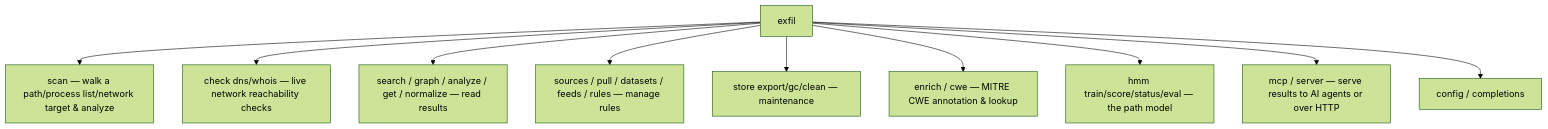
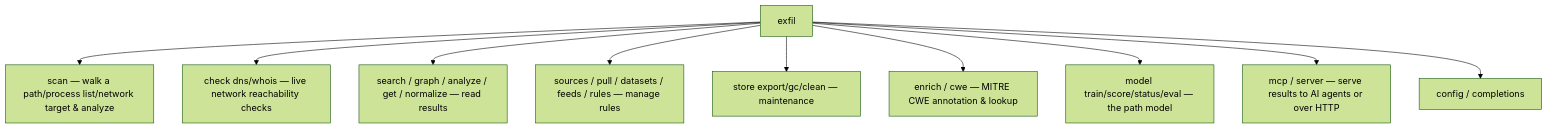
Before and after one commit to rangertaha/exfil: the first of 2 diagrams in docs/src/architecture/cli.md, drawn with Mermaid (forest theme). The commit also changed other lines of this file and 17 other files, not shown here.

First line of the commit message:
refactor(cli): remove the HTTP/GraphQL API; the app serves its own

````diff
--- a/docs/src/architecture/cli.md
+++ b/docs/src/architecture/cli.md
@@ -21,12 +20,12 @@
 ```mermaid
 flowchart TD
     EXF["exfil"] --> SCAN["scan — walk a path/process list/network target & analyze"]
     EXF --> CHECK["check dns/whois — live network reachability checks"]
     EXF --> QUERY["search / graph / analyze / get / normalize — read results"]
     EXF --> DATA["sources / pull / datasets / feeds / rules — manage rules"]
     EXF --> MAINT["store export/gc/clean — maintenance"]
     EXF --> ENR["enrich / cwe — MITRE CWE annotation & lookup"]
-    EXF --> RANK["hmm train/score/status/eval — the path model"]
+    EXF --> RANK["model train/score/status/eval — the path model"]
     EXF --> SERVE["mcp / server — serve results to AI agents or over HTTP"]
     EXF --> MISC["config / completions"]
 ```
````
